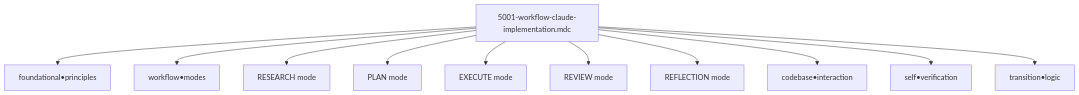
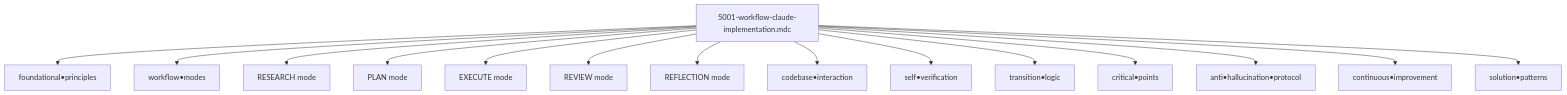
The diagram in .cursor/documentation/5001-workflow-claude-implementation-documentation.md (giak/cursor-rules-agile-workflow), drawn with Mermaid before and after one commit. The commit also changed other lines of this file and 1 other file, not shown here.

````diff
--- a/.cursor/documentation/5001-workflow-claude-implementation-documentation.md
+++ b/.cursor/documentation/5001-workflow-claude-implementation-documentation.md
@@ -31,13 +32,17 @@
 ```mermaid
 flowchart TD
     A[5001-workflow-claude-implementation.mdc] --> B[foundational•principles]
     A --> C[workflow•modes]
     A --> D[RESEARCH mode]
     A --> E[PLAN mode]
     A --> F[EXECUTE mode]
     A --> G[REVIEW mode]
     A --> H[REFLECTION mode]
     A --> I[codebase•interaction]
     A --> J[self•verification]
     A --> K[transition•logic]
+    A --> L[critical•points]
+    A --> M[anti•hallucination•protocol]
+    A --> N[continuous•improvement]
+    A --> O[solution•patterns]
 ```
````
